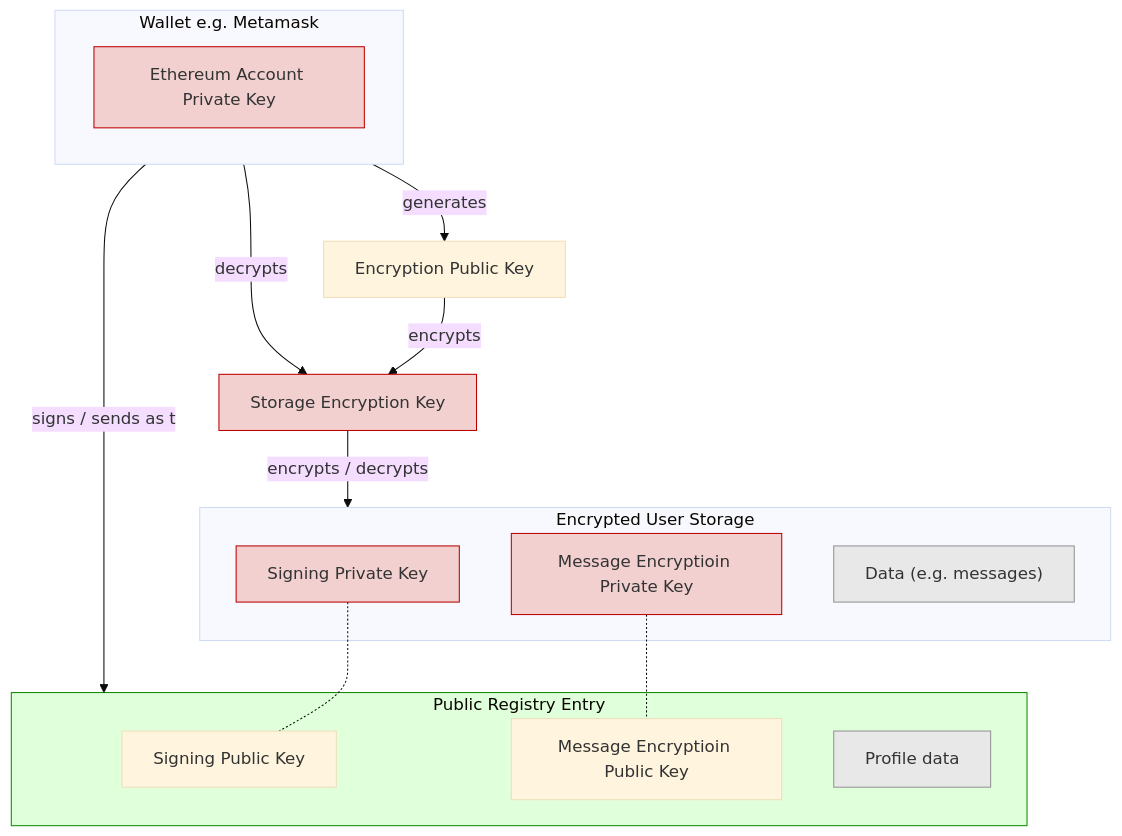
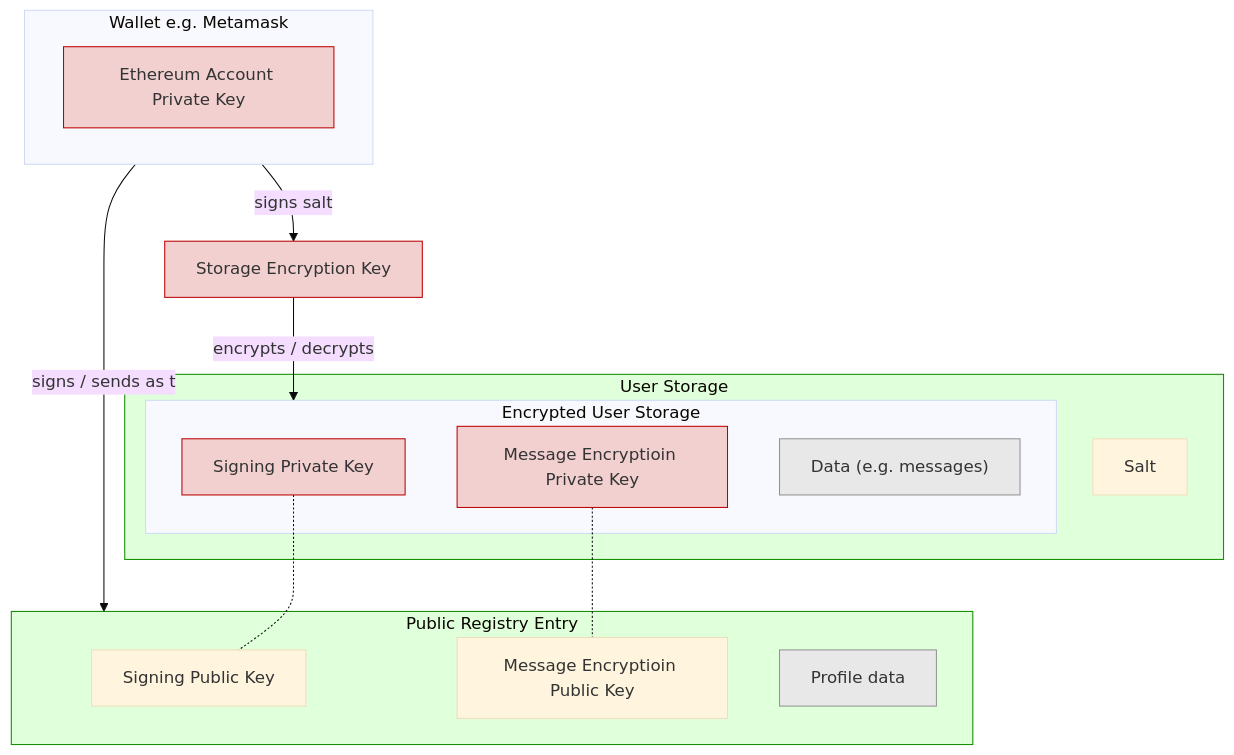
One commit to dm3-org/dm3 changed the first of 5 diagrams in README.md. Above: the diagram before and after it, drawn with Mermaid (base theme). The commit also changed other lines of this file and 7 other files, not shown here.

Commit message:
feat: derive encryption key from eth account signature

````diff
--- a/README.md
+++ b/README.md
@@ -23,31 +21,35 @@
 ```mermaid
 flowchart TD
 
 subgraph w[Wallet e.g. Metamask]
     
     ea[Ethereum Account Private Key]:::pk
     
    end
-   w-- generates -->
-  epk[Encryption Public Key]-- encrypts -->sek[Storage Encryption Key]:::pk
-  sek-- encrypts / decrypts -->us
+   w-- signs salt -->
+  sek[Storage Encryption Key]:::pk
+  sek-- encrypts / decrypts -->eus
 
-  w -- decrypts --> sek
-  subgraph us[Encrypted User Storage]
+  subgraph us[User Storage]
+   
+    subgraph eus[Encrypted User Storage]
     
-    sk[Signing Private Key]:::pk
-    mek[Message Encryptioin Private Key]:::pk
-    d["Data (e.g. messages)"]:::data
+      sk[Signing Private Key]:::pk
+      mek[Message Encryptioin Private Key]:::pk
+      d["Data (e.g. messages)"]:::data
    end
+    Salt
+  end
    subgraph r[Public Registry Entry]
     
     sk-.-pubSK[Signing Public Key]
     mek-.-pubMEK[Message Encryptioin Public Key]
     pd[Profile data]:::data
    end
    w-- signs / sends as tx-->r
    style r fill:#e0ffdb,stroke:#128c00
+   style us fill:#e0ffdb,stroke:#128c00
    classDef pk fill:#f2d0d0,stroke:#bc0000;
    classDef data fill:#e8e8e8,stroke:#939393;
    classDef reg fill:#e8e8e8,stroke:#939393;
 ```
````
